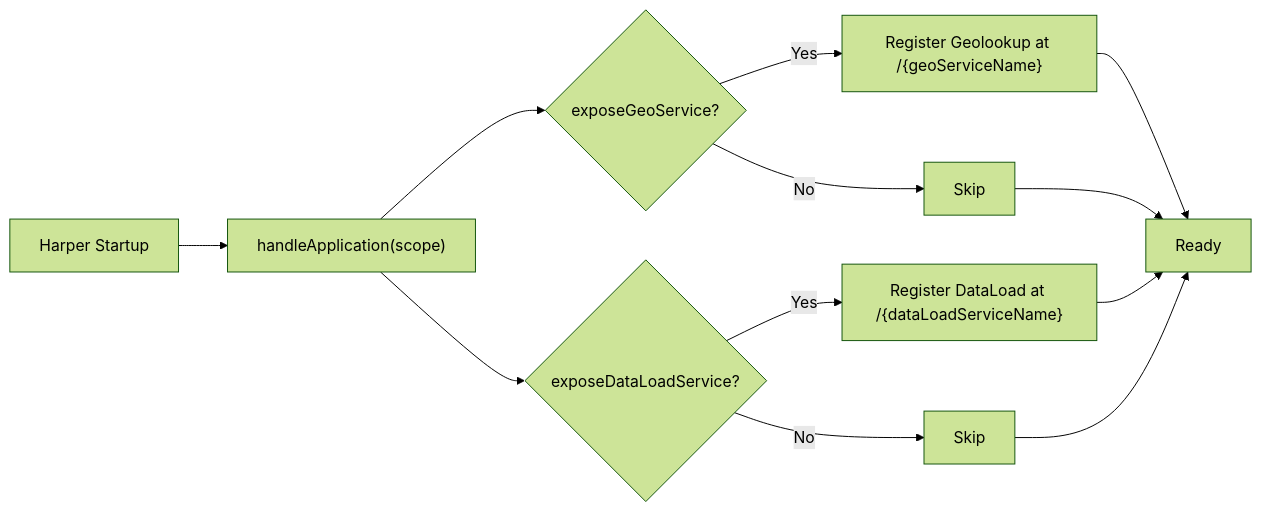
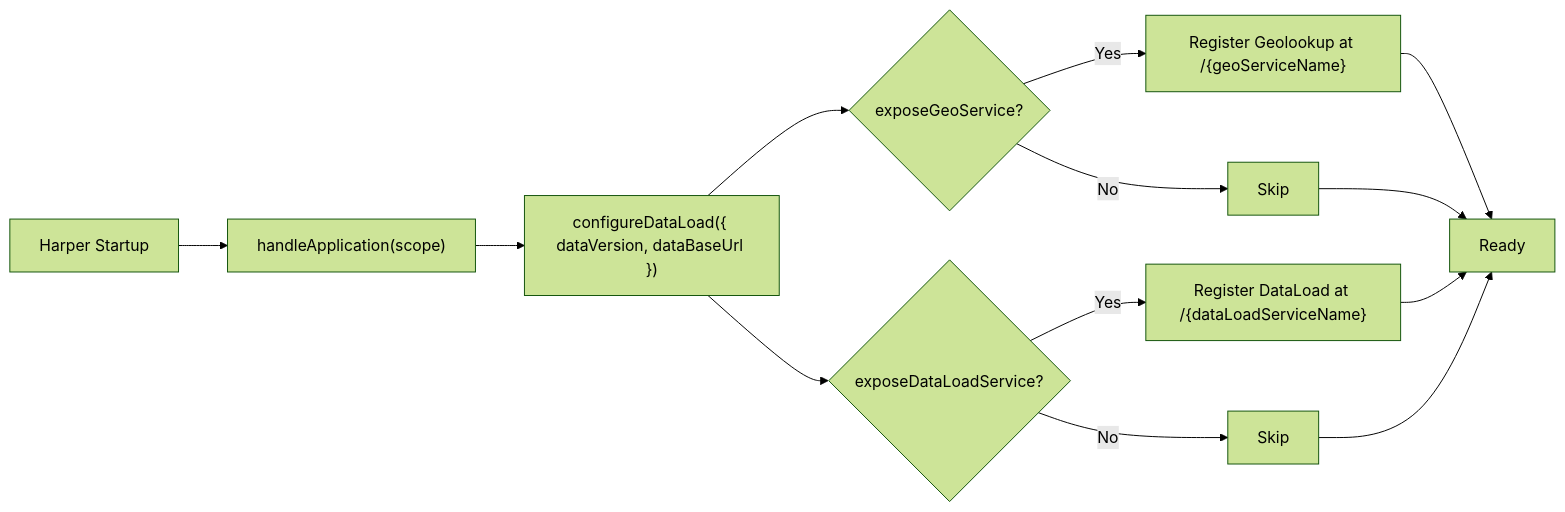
One commit to kylebernhardy/geolookup changed the third of 4 diagrams in README.md. Above: the diagram before and after it, drawn with Mermaid (forest theme). The commit also changed other lines of this file and 2 other files, not shown here.

First line of the commit message:
Stop shipping data/ in the npm package + docs refresh (#11)

````diff
--- a/README.md
+++ b/README.md
@@ -158,14 +158,15 @@
 ```mermaid
 flowchart LR
     A[Harper Startup] --> B["handleApplication(scope)"]
-    B --> C{exposeGeoService?}
+    B --> Z["configureDataLoad({ dataVersion, dataBaseUrl })"]
+    Z --> C{exposeGeoService?}
     C -- Yes --> D["Register Geolookup at /{geoServiceName}"]
     C -- No --> E[Skip]
-    B --> F{exposeDataLoadService?}
+    Z --> F{exposeDataLoadService?}
     F -- Yes --> G["Register DataLoad at /{dataLoadServiceName}"]
     F -- No --> H[Skip]
     D --> I[Ready]
     E --> I
     G --> I
     H --> I
 ```
````
